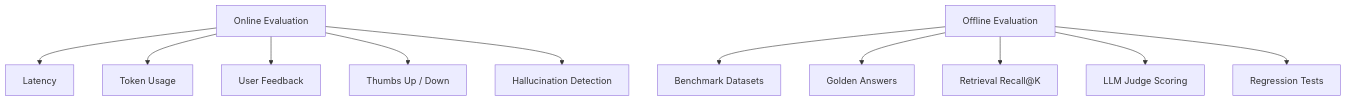
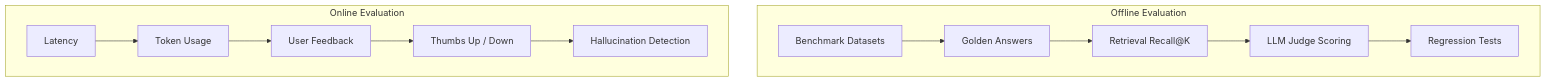
Before and after one commit to taixingbi/chat-bot-docs: the second of 2 diagrams in README.md, drawn with Mermaid.

Commit message:
Update evaluation flowchart in README.md

````diff
--- a/README.md
+++ b/README.md
@@ -26,18 +26,23 @@
 ```mermaid
 flowchart TD
 
-B[Online Evaluation]
-C[Offline Evaluation]
+subgraph Offline Evaluation
+C1[Benchmark Datasets]
+C2[Golden Answers]
+C3[Retrieval Recall@K]
+C4[LLM Judge Scoring]
+C5[Regression Tests]
 
-B --> B1[Latency]
-B --> B2[Token Usage]
-B --> B3[User Feedback]
-B --> B4[Thumbs Up / Down]
-B --> B5[Hallucination Detection]
+C1 --> C2 --> C3 --> C4 --> C5
+end
 
-C --> C1[Benchmark Datasets]
-C --> C2[Golden Answers]
-C --> C3[Retrieval Recall@K]
-C --> C4[LLM Judge Scoring]
-C --> C5[Regression Tests]
+subgraph Online Evaluation
+B1[Latency]
+B2[Token Usage]
+B3[User Feedback]
+B4[Thumbs Up / Down]
+B5[Hallucination Detection]
+
+B1 --> B2 --> B3 --> B4 --> B5
+end
 ```
````
